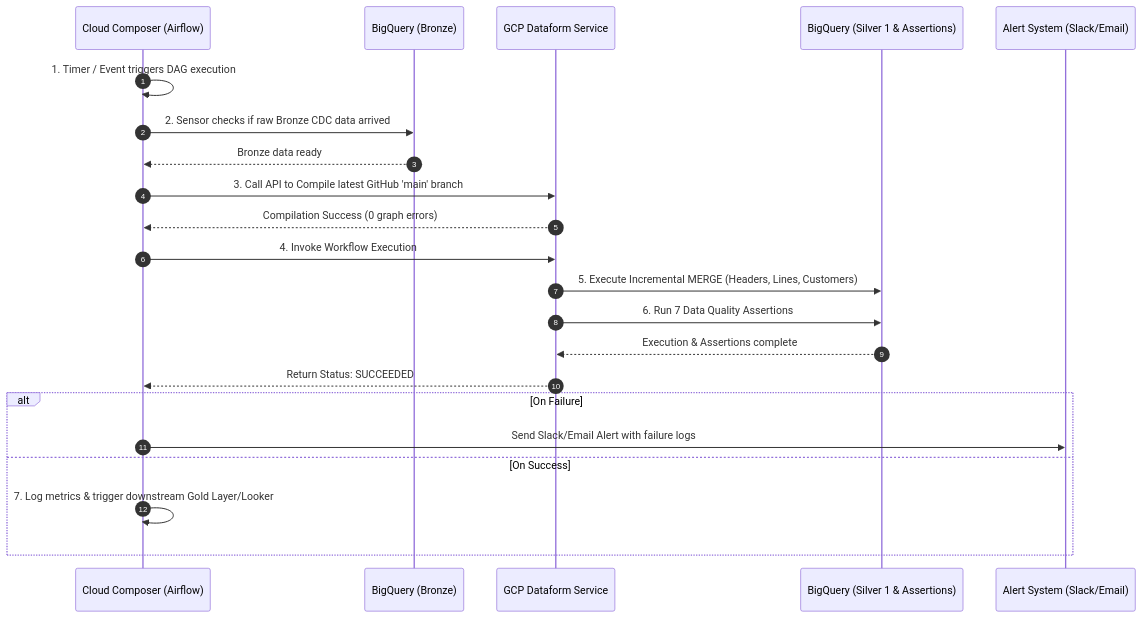
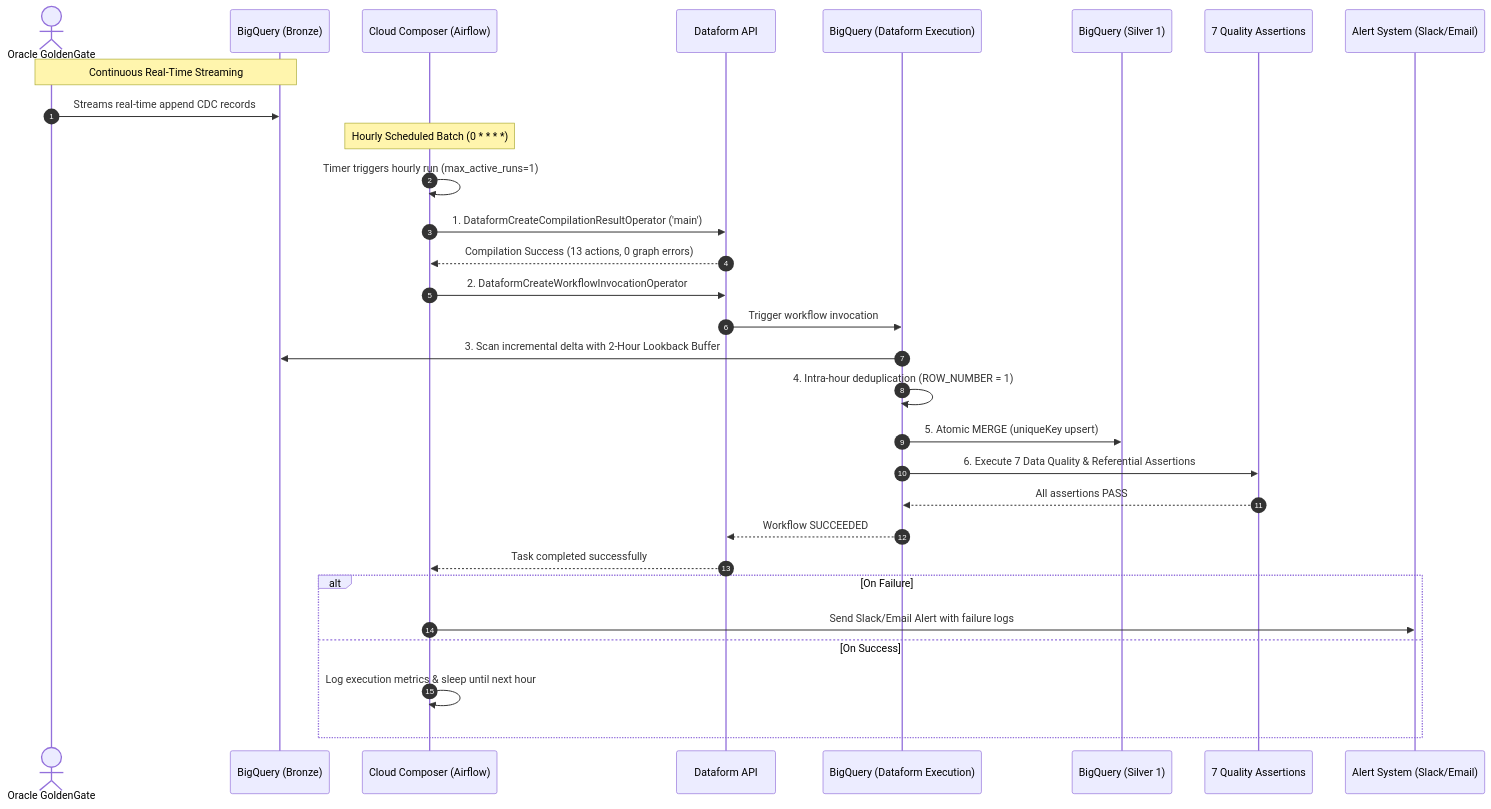
One commit to pparthas83/dataform_bronze_to_silver1 changed the diagram in README.md. Above: the diagram before and after it, drawn with Mermaid. The commit also changed other lines of this file and 4 other files, not shown here.

Commit message:
docs: update README with hourly GoldenGate-Dataform architecture and check in Generative UI diagrams

````diff
--- a/README.md
+++ b/README.md
@@ -23,25 +67,34 @@
 ```mermaid
 sequenceDiagram
     autonumber
-    participant Sch as Cloud Composer (Airflow)
-    participant BQ as BigQuery (Bronze)
-    participant DF as GCP Dataform Service
-    participant Target as BigQuery (Silver 1 & Assertions)
+    actor OGG as Oracle GoldenGate
+    participant BQ_Bronze as BigQuery (Bronze)
+    participant Airflow as Cloud Composer (Airflow)
+    participant DF_API as Dataform API
+    participant BigQuery as BigQuery (Dataform Execution)
+    participant BQ_Silver as BigQuery (Silver 1)
+    participant Assert as 7 Quality Assertions
     participant Alert as Alert System (Slack/Email)
 
-    Sch->>Sch: 1. Timer / Event triggers DAG execution
-    Sch->>BQ: 2. Sensor checks if raw Bronze CDC data arrived
-    BQ-->>Sch: Bronze data ready
-    Sch->>DF: 3. Call API to Compile latest GitHub 'main' branch
-    DF-->>Sch: Compilation Success (0 graph errors)
-    Sch->>DF: 4. Invoke Workflow Execution
-    DF->>Target: 5. Execute Incremental MERGE (Headers, Lines, Customers)
-    DF->>Target: 6. Run 7 Data Quality Assertions
-    Target-->>DF: Execution & Assertions complete
-    DF-->>Sch: Return Status: SUCCEEDED
+    Note over OGG,BQ_Bronze: Continuous Real-Time Streaming
+    OGG->>BQ_Bronze: Streams real-time append CDC records
+
+    Note over Airflow: Hourly Scheduled Batch (0 * * * *)
+    Airflow->>Airflow: Timer triggers hourly run (max_active_runs=1)
+    Airflow->>DF_API: 1. DataformCreateCompilationResultOperator ('main')
+    DF_API-->>Airflow: Compilation Success (13 actions, 0 graph errors)
+    Airflow->>DF_API: 2. DataformCreateWorkflowInvocationOperator
+    DF_API->>BigQuery: Trigger workflow invocation
+    BigQuery->>BQ_Bronze: 3. Scan incremental delta with 2-Hour Lookback Buffer
+    BigQuery->>BigQuery: 4. Intra-hour deduplication (ROW_NUMBER = 1)
+    BigQuery->>BQ_Silver: 5. Atomic MERGE (uniqueKey upsert)
+    BigQuery->>Assert: 6. Execute 7 Data Quality & Referential Assertions
+    Assert-->>BigQuery: All assertions PASS
+    BigQuery-->>DF_API: Workflow SUCCEEDED
+    DF_API-->>Airflow: Task completed successfully
     alt On Failure
-        Sch->>Alert: Send Slack/Email Alert with failure logs
+        Airflow->>Alert: Send Slack/Email Alert with failure logs
     else On Success
-        Sch->>Sch: 7. Log metrics & trigger downstream Gold Layer/Looker
+        Airflow->>Airflow: Log execution metrics & sleep until next hour
     end
 ```
````
